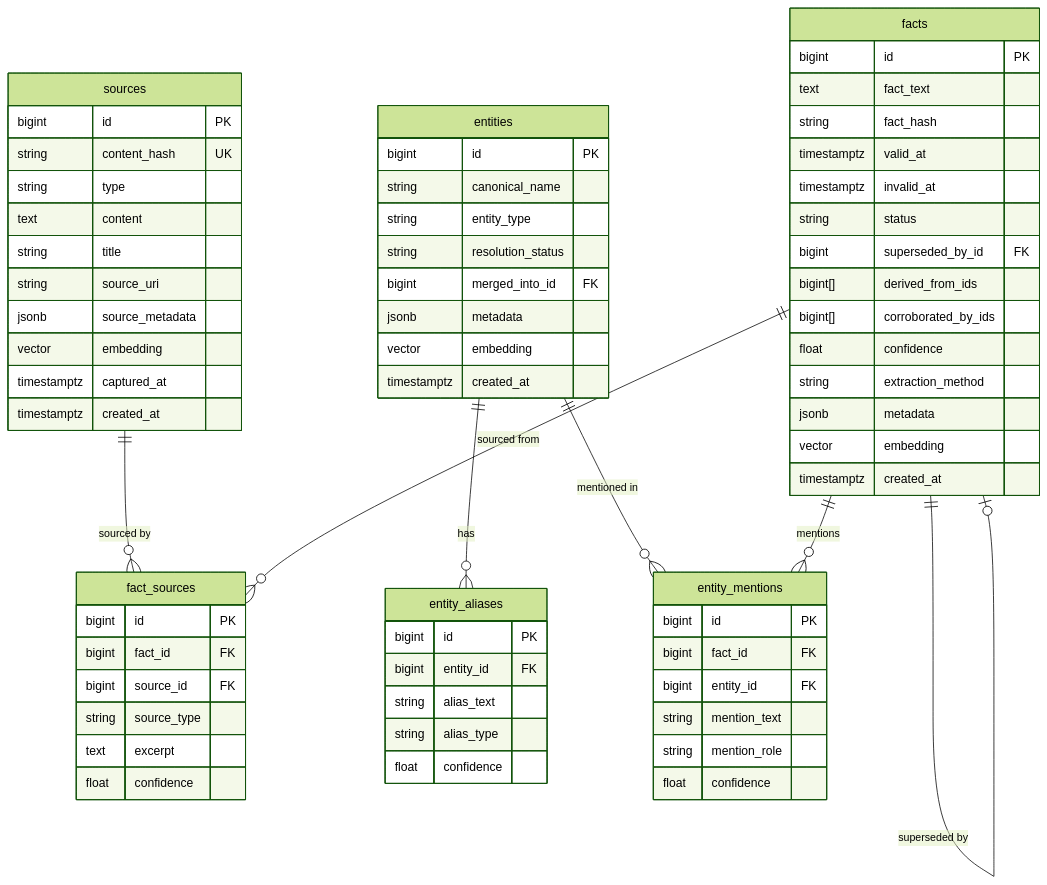
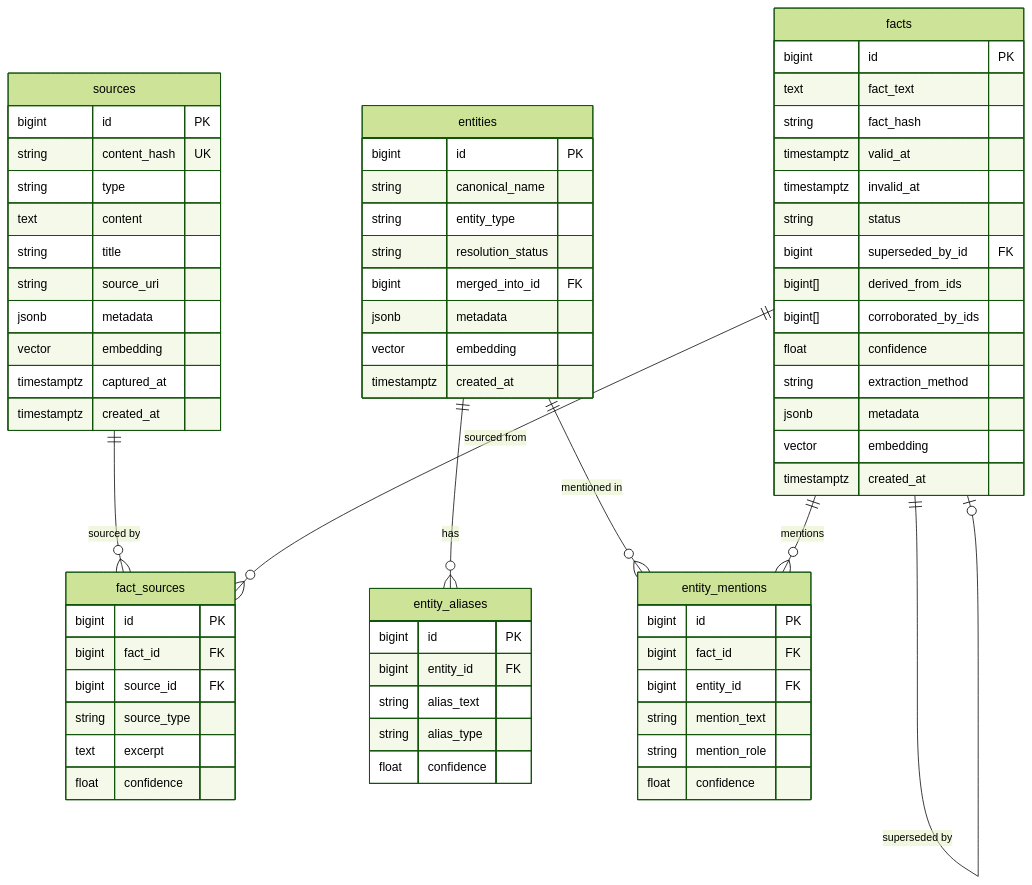
One commit to MadBomber/fact_db changed the diagram in docs/architecture/database-schema.md. Above: the diagram before and after it, drawn with Mermaid (forest theme). The commit also changed other lines of this file and 7 other files, not shown here.

First line of the commit message:
refactor(db)!: rename source_metadata column to metadata

````diff
--- a/docs/architecture/database-schema.md
+++ b/docs/architecture/database-schema.md
@@ -7,76 +7,76 @@
 ```mermaid
 erDiagram
     sources ||--o{ fact_sources : "sourced by"
     entities ||--o{ entity_aliases : "has"
     entities ||--o{ entity_mentions : "mentioned in"
     facts ||--o{ entity_mentions : "mentions"
     facts ||--o{ fact_sources : "sourced from"
     facts ||--o| facts : "superseded by"
 
     sources {
         bigint id PK
         string content_hash UK
         string type
         text content
         string title
         string source_uri
-        jsonb source_metadata
+        jsonb metadata
         vector embedding
         timestamptz captured_at
         timestamptz created_at
     }
 
     entities {
         bigint id PK
         string canonical_name
         string entity_type
         string resolution_status
         bigint merged_into_id FK
         jsonb metadata
         vector embedding
         timestamptz created_at
     }
 
     entity_aliases {
         bigint id PK
         bigint entity_id FK
         string alias_text
         string alias_type
         float confidence
     }
 
     facts {
         bigint id PK
         text fact_text
         string fact_hash
         timestamptz valid_at
         timestamptz invalid_at
         string status
         bigint superseded_by_id FK
         bigint[] derived_from_ids
         bigint[] corroborated_by_ids
         float confidence
         string extraction_method
         jsonb metadata
         vector embedding
         timestamptz created_at
     }
 
     entity_mentions {
         bigint id PK
         bigint fact_id FK
         bigint entity_id FK
         string mention_text
         string mention_role
         float confidence
     }
 
     fact_sources {
         bigint id PK
         bigint fact_id FK
         bigint source_id FK
         string source_type
         text excerpt
         float confidence
     }
 ```
````
